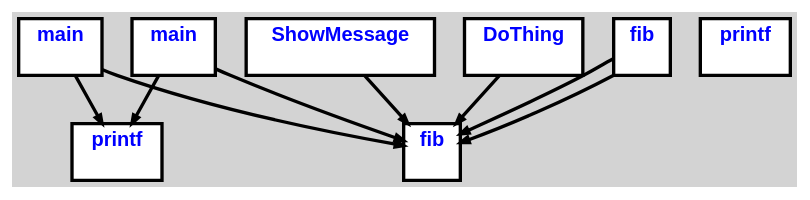
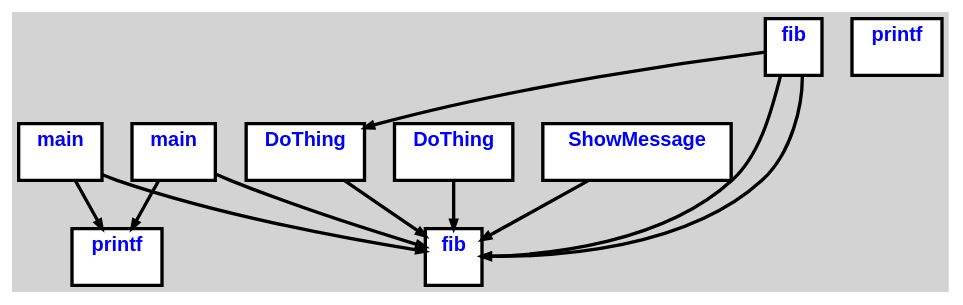
The diagram in cpoCompilerWin/CG.all.dot (aveen007/CountingMonkeys), drawn with Graphviz before and after one commit. The commit also changed 13 other files, not shown here.

```diff
--- a/cpoCompilerWin/CG.all.dot
+++ b/cpoCompilerWin/CG.all.dot
@@ -1,24 +1,27 @@
 digraph G {
 ordering=out;
 ranksep=.4;
 bgcolor="lightgrey";  node [shape=box, fixedsize=false, fontsize=12, fontname="Helvetica-bold", fontcolor="blue"
 width=.25, height=.25, color="black", fillcolor="white", style="filled, solid, bold"];
 
 edge [arrowsize=.5, color="black", style="bold"]
-    n0000112828521EE0 [label="fib\n "]
-    n0000112828522300 [label="printf\n "]
-    n00001128285225A0 [label="main\n "]
-    n00001128285225A0 -> n0000112828522300
-    n00001128285225A0 -> n0000112828521EE0
-    n0000112828522C00 [label="ShowMessage\n "]
-    n0000112828522C00 -> n0000112828521EE0
-    n0000112828523020 [label="DoThing\n "]
-    n0000112828523020 -> n0000112828521EE0
-    n0000112828523320 [label="fib\n "]
-    n0000112828523320 -> n0000112828521EE0
-    n0000112828523320 -> n0000112828521EE0
-    n0000112828523B00 [label="printf\n "]
-    n0000112828524FA0 [label="main\n "]
-    n0000112828524FA0 -> n0000112828522300
-    n0000112828524FA0 -> n0000112828521EE0
+    n00001199C3522060 [label="fib\n "]
+    n00001199C3522480 [label="printf\n "]
+    n00001199C3522720 [label="main\n "]
+    n00001199C3522720 -> n00001199C3522480
+    n00001199C3522720 -> n00001199C3522060
+    n00001199C3522DE0 [label="ShowMessage\n "]
+    n00001199C3522DE0 -> n00001199C3522060
+    n00001199C35231A0 [label="DoThing\n "]
+    n00001199C35231A0 -> n00001199C3522060
+    n00001199C35235C0 [label="DoThing\n "]
+    n00001199C35235C0 -> n00001199C3522060
+    n00001199C35238C0 [label="fib\n "]
+    n00001199C35238C0 -> n00001199C35231A0
+    n00001199C35238C0 -> n00001199C3522060
+    n00001199C35238C0 -> n00001199C3522060
+    n00001199C3524700 [label="printf\n "]
+    n00001199C3525BA0 [label="main\n "]
+    n00001199C3525BA0 -> n00001199C3522480
+    n00001199C3525BA0 -> n00001199C3522060
 }
```
